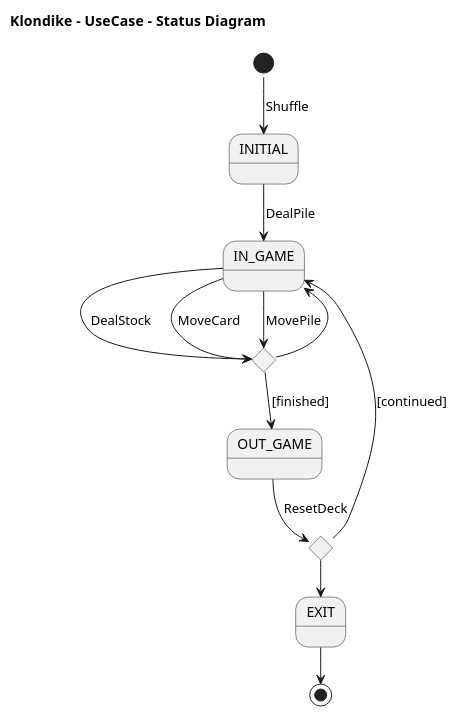
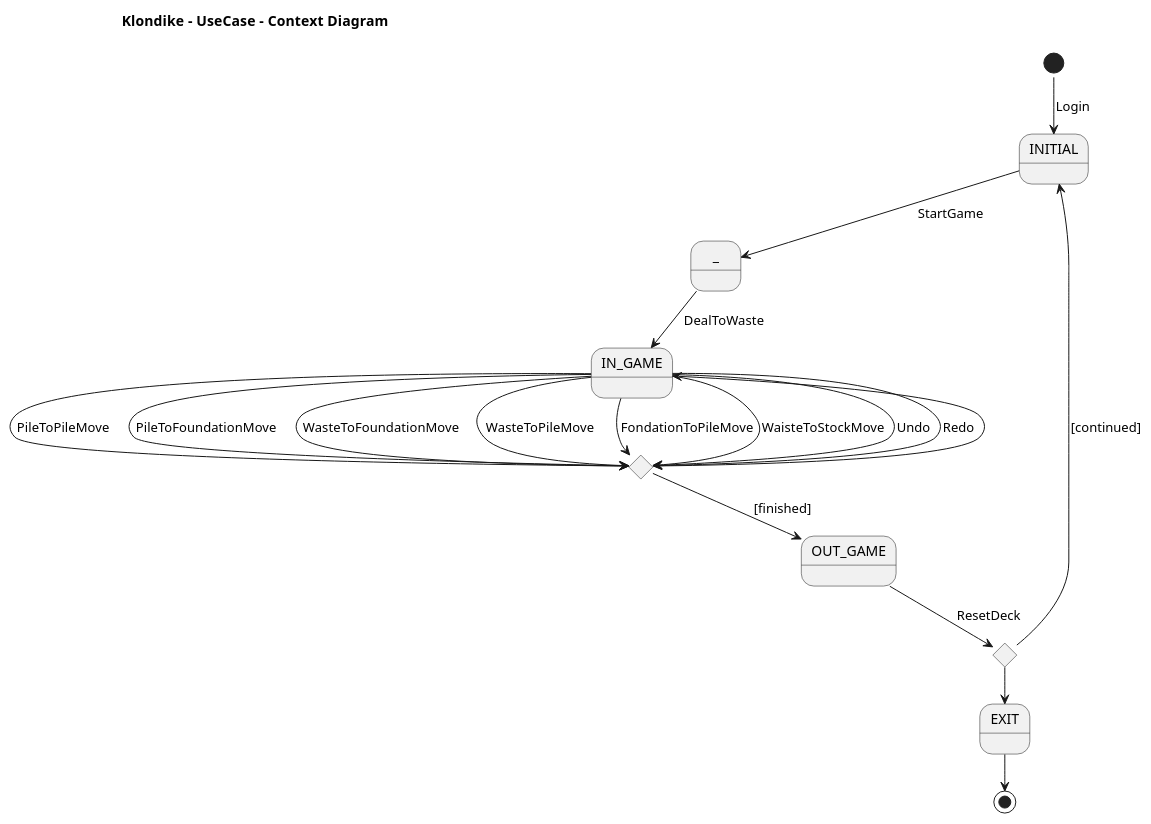
Before and after one commit to AngelOS95P/Maestria_IngSoftware_grupo6: the diagram in 2 Modelo de vistas de caso de uso/Diagrama de relacion de Casos de Uso.plantuml, drawn with PlantUML. The commit also changed 11 other files, not shown here.

```diff
--- a/2 Modelo de vistas de caso de uso/Diagrama de relacion de Casos de Uso.plantuml
+++ b/2 Modelo de vistas de caso de uso/Diagrama de relacion de Casos de Uso.plantuml
@@ -1,23 +1,31 @@
-@startuml StateDiagram
+@startuml UseCaseContextDiagram
 !pragma layout smetana
-title Klondike  - UseCase - Status Diagram
+title Klondike  - UseCase - Context Diagram
 
 state INITIAL
+state _
 state IN_GAME
 state OUT_GAME
 state EXIT
 state if_finished <<choice>>
 state if_resumed <<choice>>
 
-[*] --> INITIAL: Shuffle
-INITIAL --> IN_GAME: DealPile
-IN_GAME --> if_finished: DealStock
-IN_GAME --> if_finished: MoveCard
-IN_GAME --> if_finished: MovePile
+[*] --> INITIAL: Login
+
+INITIAL --> _: StartGame 
+_ --> IN_GAME: DealToWaste
+IN_GAME --> if_finished: PileToPileMove
+IN_GAME --> if_finished: PileToFoundationMove
+IN_GAME --> if_finished: WasteToFoundationMove
+IN_GAME --> if_finished: WasteToPileMove
+IN_GAME --> if_finished: FondationToPileMove
+IN_GAME --> if_finished: WaisteToStockMove
+IN_GAME --> if_finished: Undo
+IN_GAME --> if_finished: Redo
 if_finished --> IN_GAME
 if_finished --> OUT_GAME: [finished]
 OUT_GAME --> if_resumed: ResetDeck
-if_resumed --> IN_GAME: [continued]
+if_resumed --> INITIAL: [continued]
 if_resumed --> EXIT
 EXIT --> [*]
 @enduml
```
